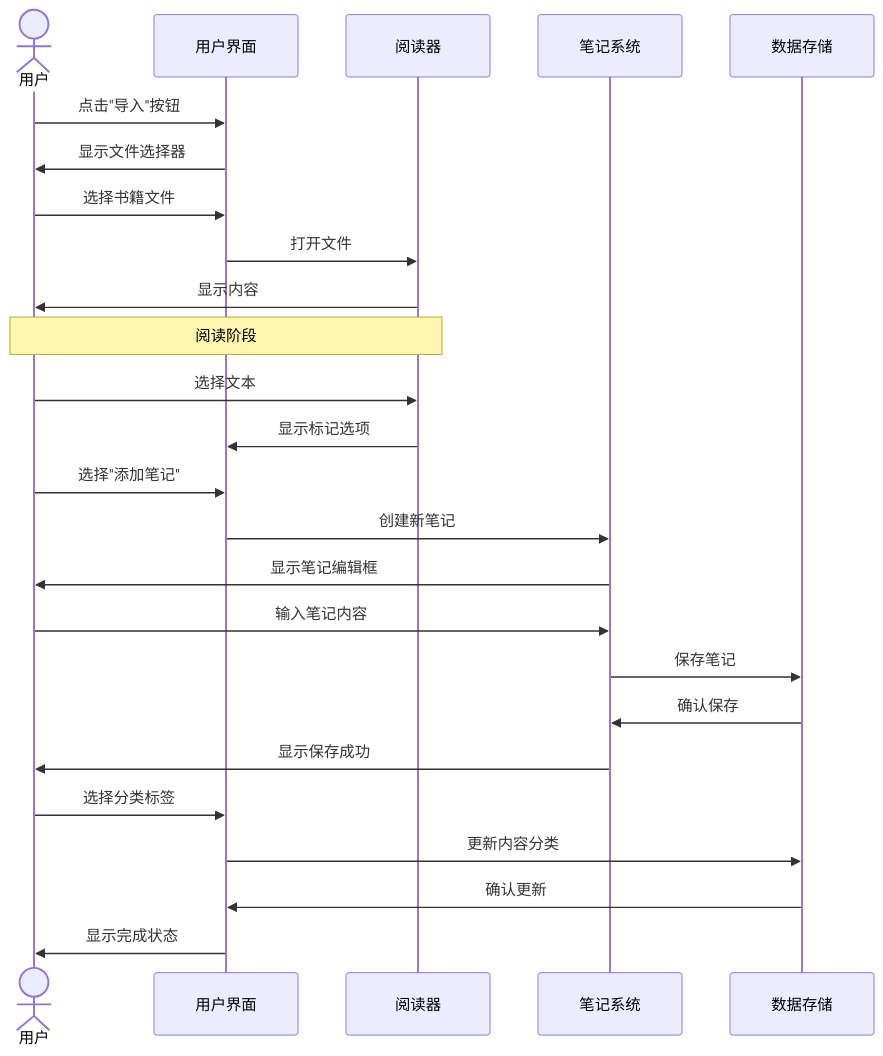
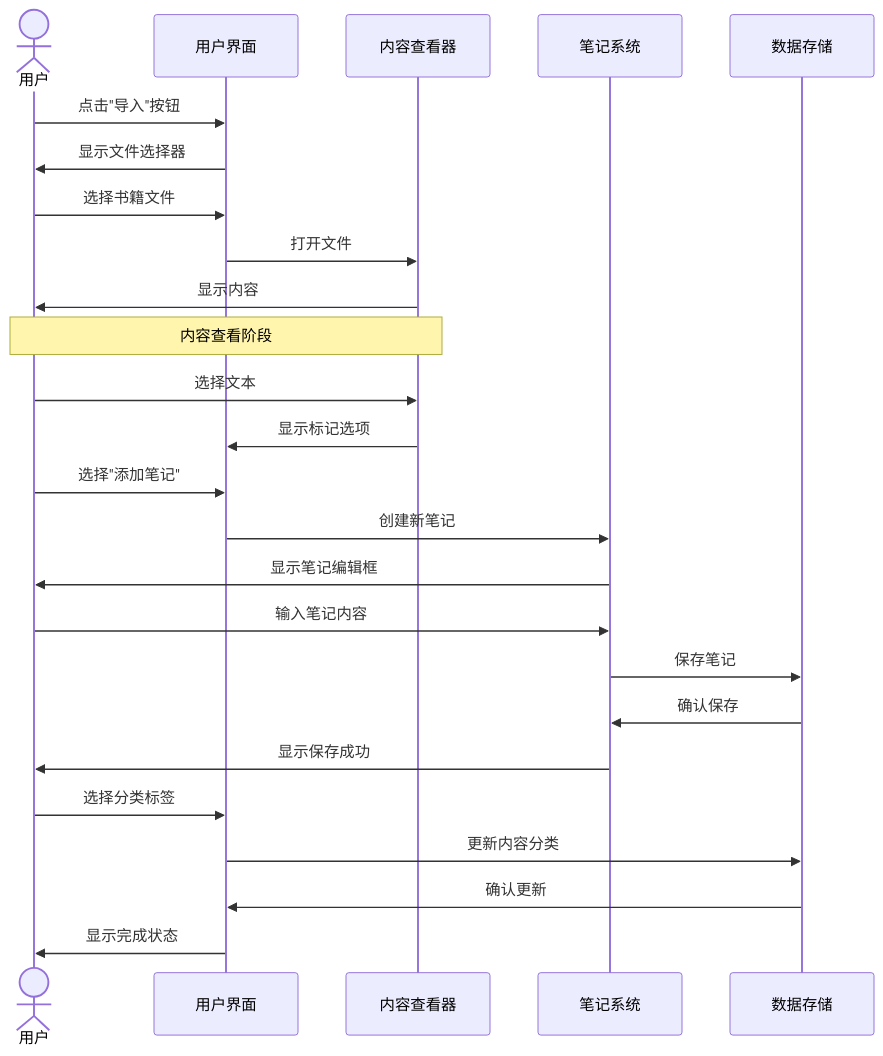
Diagram 12 of 19 in MyStartups/NextBook/README.md (EnigmaWU/MyLLM_Arena), drawn with Mermaid before and after one commit. The commit also changed other lines of this file, not shown here.

````diff
--- a/MyStartups/NextBook/README.md
+++ b/MyStartups/NextBook/README.md
@@ -646,32 +647,32 @@
 ```mermaid
 sequenceDiagram
     actor 用户
     participant UI as 用户界面
-    participant Reader as 阅读器
+    participant Viewer as 内容查看器
     participant Notes as 笔记系统
     participant DB as 数据存储
     
     用户->>UI: 点击"导入"按钮
     UI->>用户: 显示文件选择器
     用户->>UI: 选择书籍文件
-    UI->>Reader: 打开文件
-    Reader->>用户: 显示内容
+    UI->>Viewer: 打开文件
+    Viewer->>用户: 显示内容
     
-    Note over 用户,Reader: 阅读阶段
+    Note over 用户,Viewer: 内容查看阶段
     
-    用户->>Reader: 选择文本
-    Reader->>UI: 显示标记选项
+    用户->>Viewer: 选择文本
+    Viewer->>UI: 显示标记选项
     用户->>UI: 选择"添加笔记"
     UI->>Notes: 创建新笔记
     Notes->>用户: 显示笔记编辑框
     
     用户->>Notes: 输入笔记内容
     Notes->>DB: 保存笔记
     DB->>Notes: 确认保存
     Notes->>用户: 显示保存成功
     
     用户->>UI: 选择分类标签
     UI->>DB: 更新内容分类
     DB->>UI: 确认更新
     UI->>用户: 显示完成状态
 ```
````
